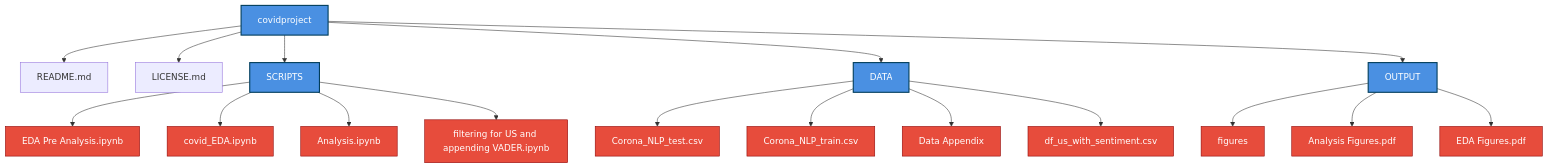
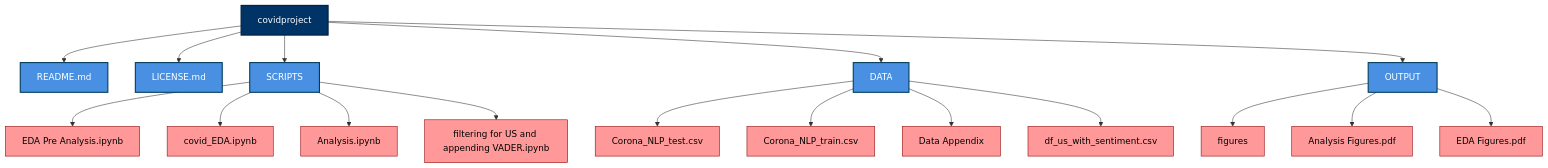
The diagram in Readme.md (l-e13/wnba), drawn with Mermaid before and after one commit. The commit also changed other lines of this file, not shown here.

````diff
--- a/Readme.md
+++ b/Readme.md
@@ -7,56 +7,60 @@
 ```mermaid
 graph TB
   A[covidproject]
   A1[README.md]
   A2[LICENSE.md]
   B[SCRIPTS]
   B1[EDA Pre Analysis.ipynb]
   B2[covid_EDA.ipynb]
   B3[Analysis.ipynb]
   B4[filtering for US and appending VADER.ipynb]
   C[DATA]
   C1[Corona_NLP_test.csv]
   C2[Corona_NLP_train.csv]
   C4[df_us_with_sentiment.csv]
   C3[Data Appendix]
   D[OUTPUT]
   D1[figures]
   D2[Analysis Figures.pdf]
   D3[EDA Figures.pdf]
 
   A --> A1
   A --> A2
   A --> B
   B --> B1
   B --> B2
   B --> B3
   B --> B4
   A --> C
   C --> C1
   C --> C2
   C --> C3
   C --> C4
   A --> D
   D --> D1
   D --> D2
   D --> D3
 
-  %% Styling for main categories (Blue)
-  style A fill:#4a90e2,stroke:#003d5b,stroke-width:2px,color:white;
+  %% Styling for main project folder (Dark Blue)
+  style A fill:#003366,stroke:#001f3f,stroke-width:2px,color:white;
+
+  %% Styling for main categories (Light Blue)
+  style A1 fill:#4a90e2,stroke:#003d5b,stroke-width:2px,color:white;
+  style A2 fill:#4a90e2,stroke:#003d5b,stroke-width:2px,color:white;
   style B fill:#4a90e2,stroke:#003d5b,stroke-width:2px,color:white;
   style C fill:#4a90e2,stroke:#003d5b,stroke-width:2px,color:white;
   style D fill:#4a90e2,stroke:#003d5b,stroke-width:2px,color:white;
 
-  %% Styling for subsets (Red)
-  style B1 fill:#e74c3c,stroke:#8b0000,stroke-width:1px,color:white;
-  style B2 fill:#e74c3c,stroke:#8b0000,stroke-width:1px,color:white;
-  style B3 fill:#e74c3c,stroke:#8b0000,stroke-width:1px,color:white;
-  style B4 fill:#e74c3c,stroke:#8b0000,stroke-width:1px,color:white;
-  style C1 fill:#e74c3c,stroke:#8b0000,stroke-width:1px,color:white;
-  style C2 fill:#e74c3c,stroke:#8b0000,stroke-width:1px,color:white;
-  style C3 fill:#e74c3c,stroke:#8b0000,stroke-width:1px,color:white;
-  style C4 fill:#e74c3c,stroke:#8b0000,stroke-width:1px,color:white;
-  style D1 fill:#e74c3c,stroke:#8b0000,stroke-width:1px,color:white;
-  style D2 fill:#e74c3c,stroke:#8b0000,stroke-width:1px,color:white;
-  style D3 fill:#e74c3c,stroke:#8b0000,stroke-width:1px,color:white;
+  %% Styling for subsets (Light Red)
+  style B1 fill:#ff9999,stroke:#8b0000,stroke-width:1px,color:black;
+  style B2 fill:#ff9999,stroke:#8b0000,stroke-width:1px,color:black;
+  style B3 fill:#ff9999,stroke:#8b0000,stroke-width:1px,color:black;
+  style B4 fill:#ff9999,stroke:#8b0000,stroke-width:1px,color:black;
+  style C1 fill:#ff9999,stroke:#8b0000,stroke-width:1px,color:black;
+  style C2 fill:#ff9999,stroke:#8b0000,stroke-width:1px,color:black;
+  style C3 fill:#ff9999,stroke:#8b0000,stroke-width:1px,color:black;
+  style C4 fill:#ff9999,stroke:#8b0000,stroke-width:1px,color:black;
+  style D1 fill:#ff9999,stroke:#8b0000,stroke-width:1px,color:black;
+  style D2 fill:#ff9999,stroke:#8b0000,stroke-width:1px,color:black;
+  style D3 fill:#ff9999,stroke:#8b0000,stroke-width:1px,color:black;
 ```
````
